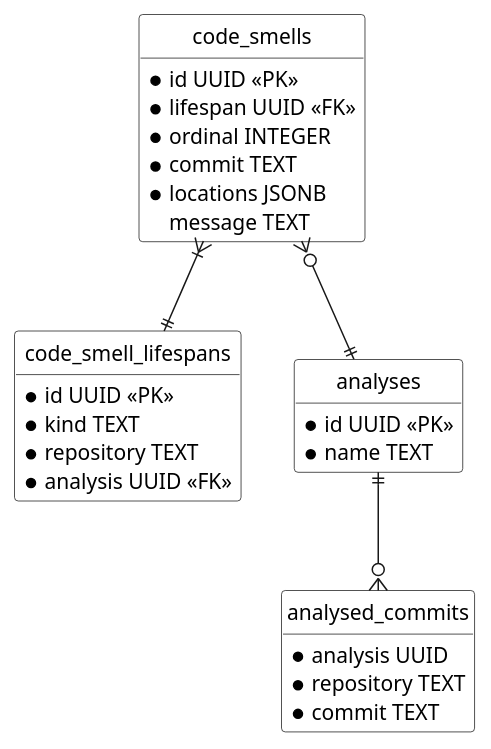
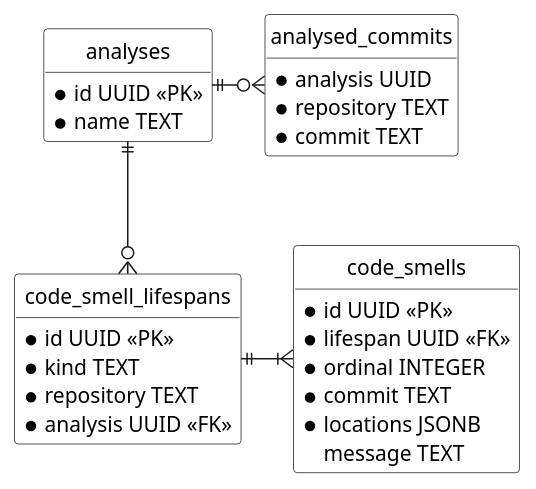
One commit to felixfbecker/olfaction changed the diagram in schema/database.plantuml. Above: the diagram before and after it, drawn with PlantUML. The commit also changed 3 other files, not shown here.

Commit message:
Improve diagrams

```diff
--- a/schema/database.plantuml
+++ b/schema/database.plantuml
@@ -1,57 +1,57 @@
 @startuml database
 hide circle
 hide empty members
 skinparam monochrome true
 skinparam style strictuml
 skinparam shadowing false
 skinparam backgroundColor transparent
 skinparam classBackgroundColor transparent
 
 entity code_smell_lifespans {
   *id UUID <<PK>>
   *kind TEXT
   *repository TEXT
   *analysis UUID <<FK>>
 }
 
 entity code_smells {
   *id UUID <<PK>>
   *lifespan UUID <<FK>>
   *ordinal INTEGER
   *commit TEXT
   *locations JSONB
   message TEXT
 }
 
-code_smells }|--|| code_smell_lifespans
+code_smell_lifespans ||-|{ code_smells
 
 entity analyses {
   *id UUID <<PK>>
   *name TEXT
 }
-code_smells }o--|| analyses
+analyses ||--o{ code_smell_lifespans
 
 entity analysed_commits {
   *analysis UUID
   *repository TEXT
   *commit TEXT
 }
 
-analyses ||--o{ analysed_commits
+analyses ||-o{ analysed_commits
 
 ' entity file_links {
 '   *from_path TEXT
 '   *from_commit TEXT
 '   *from_start_line INTEGER
 '   *from_end_line INTEGER
 '   *from_start_character INTEGER
 '   *from_end_character INTEGER
 '   *to_path TEXT
 '   *to_commit TEXT
 '   *to_start_line INTEGER
 '   *to_end_line INTEGER
 '   *to_start_character INTEGER
 '   *to_end_character INTEGER
 ' }
 
 @enduml
```
